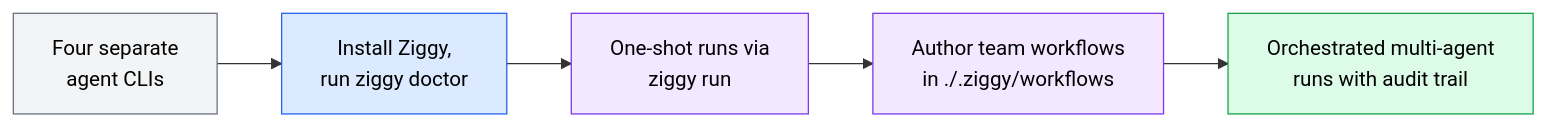
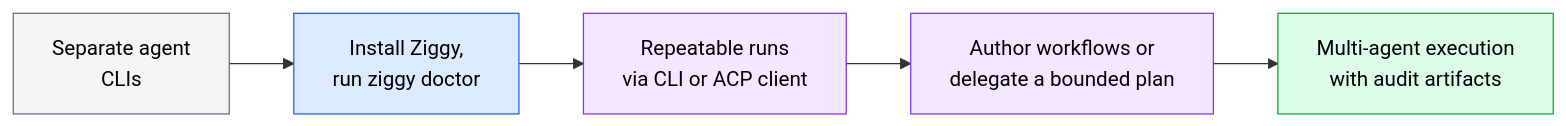
Before and after one commit to sequenzia/ziggy: the first of 5 diagrams in specs/ziggy-mvp-SPEC.md, drawn with Mermaid. The commit also changed other lines of this file, not shown here.

````diff
--- a/specs/ziggy-mvp-SPEC.md
+++ b/specs/ziggy-mvp-SPEC.md
@@ -92,9 +104,9 @@
 ```mermaid
 flowchart LR
-    A["Four separate<br/>agent CLIs"]:::neutral --> B["Install Ziggy,<br/>run ziggy doctor"]:::primary --> C["One-shot runs via<br/>ziggy run"]:::secondary --> D["Author team workflows<br/>in ./.ziggy/workflows"]:::secondary --> E["Orchestrated multi-agent<br/>runs with audit trail"]:::success
+    A["Separate agent<br/>CLIs"]:::neutral --> B["Install Ziggy,<br/>run ziggy doctor"]:::primary --> C["Repeatable runs<br/>via CLI or ACP client"]:::secondary --> D["Author workflows or<br/>delegate a bounded plan"]:::secondary --> E["Multi-agent execution<br/>with audit artifacts"]:::success
 
     classDef primary fill:#dbeafe,stroke:#2563eb,color:#000
     classDef secondary fill:#f3e8ff,stroke:#7c3aed,color:#000
     classDef success fill:#dcfce7,stroke:#16a34a,color:#000
     classDef neutral fill:#f3f4f6,stroke:#6b7280,color:#000
 ```
````
